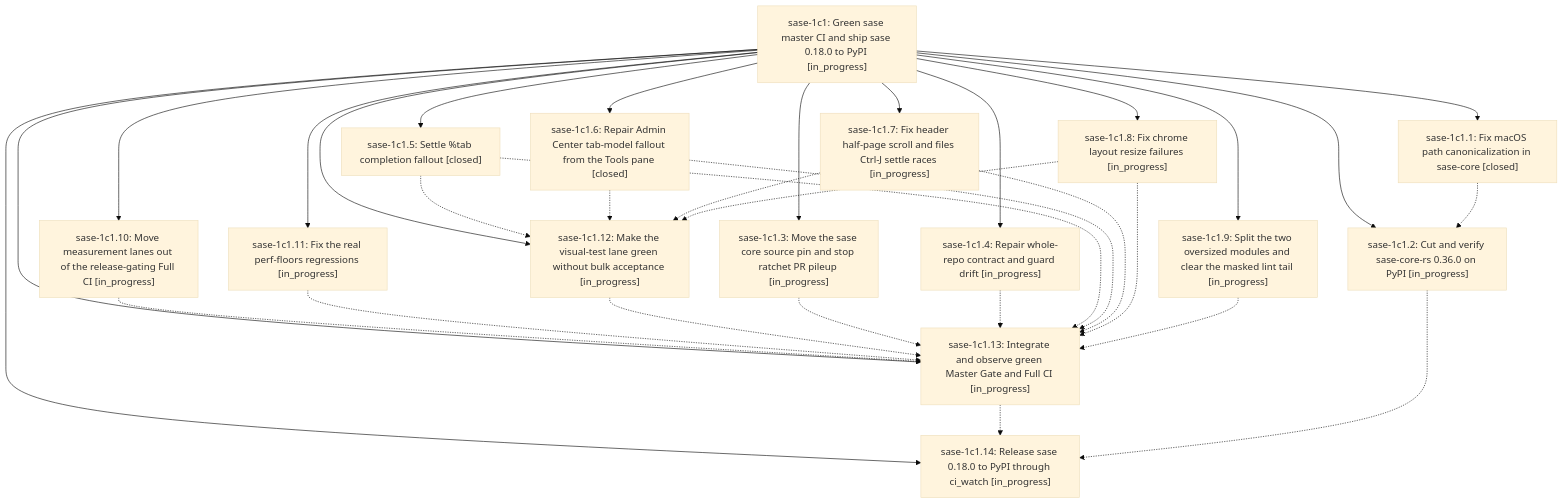
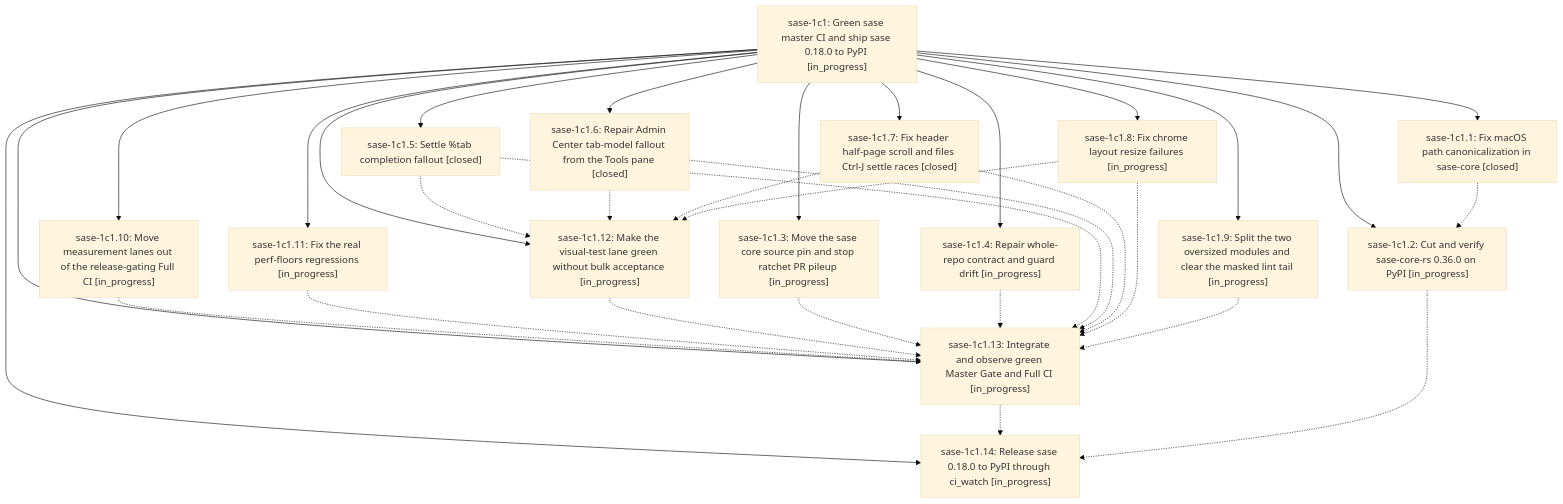
Before and after one commit to sase-org/sase--beads: the diagram in pages/sase-1c1/README.md, drawn with Mermaid (base theme). The commit also changed other lines of this file and 6 other files, not shown here.

````diff
--- a/pages/sase-1c1/README.md
+++ b/pages/sase-1c1/README.md
@@ -47,49 +47,49 @@
 ```mermaid
 flowchart TD
     n0["sase-1c1: Green sase master CI and ship sase 0.18.0 to PyPI [in_progress]"]
     n1["sase-1c1.1: Fix macOS path canonicalization in sase-core [closed]"]
     n2["sase-1c1.10: Move measurement lanes out of the release-gating Full CI [in_progress]"]
     n3["sase-1c1.11: Fix the real perf-floors regressions [in_progress]"]
     n4["sase-1c1.12: Make the visual-test lane green without bulk acceptance [in_progress]"]
     n5["sase-1c1.13: Integrate and observe green Master Gate and Full CI [in_progress]"]
     n6["sase-1c1.14: Release sase 0.18.0 to PyPI through ci_watch [in_progress]"]
     n7["sase-1c1.2: Cut and verify sase-core-rs 0.36.0 on PyPI [in_progress]"]
     n8["sase-1c1.3: Move the sase core source pin and stop ratchet PR pileup [in_progress]"]
     n9["sase-1c1.4: Repair whole-repo contract and guard drift [in_progress]"]
     n10["sase-1c1.5: Settle %tab completion fallout [closed]"]
     n11["sase-1c1.6: Repair Admin Center tab-model fallout from the Tools pane [closed]"]
-    n12["sase-1c1.7: Fix header half-page scroll and files Ctrl-J settle races [in_progress]"]
+    n12["sase-1c1.7: Fix header half-page scroll and files Ctrl-J settle races [closed]"]
     n13["sase-1c1.8: Fix chrome layout resize failures [in_progress]"]
     n14["sase-1c1.9: Split the two oversized modules and clear the masked lint tail [in_progress]"]
     n0 --> n1
     n0 --> n2
     n0 --> n3
     n0 --> n4
     n0 --> n5
     n0 --> n6
     n0 --> n7
     n0 --> n8
     n0 --> n9
     n0 --> n10
     n0 --> n11
     n0 --> n12
     n0 --> n13
     n0 --> n14
     n1 -.-> n7
     n2 -.-> n5
     n3 -.-> n5
     n4 -.-> n5
     n5 -.-> n6
     n7 -.-> n6
     n8 -.-> n5
     n9 -.-> n5
     n10 -.-> n4
     n10 -.-> n5
     n11 -.-> n4
     n11 -.-> n5
     n12 -.-> n4
     n12 -.-> n5
     n13 -.-> n4
     n13 -.-> n5
     n14 -.-> n5
 ```
````
